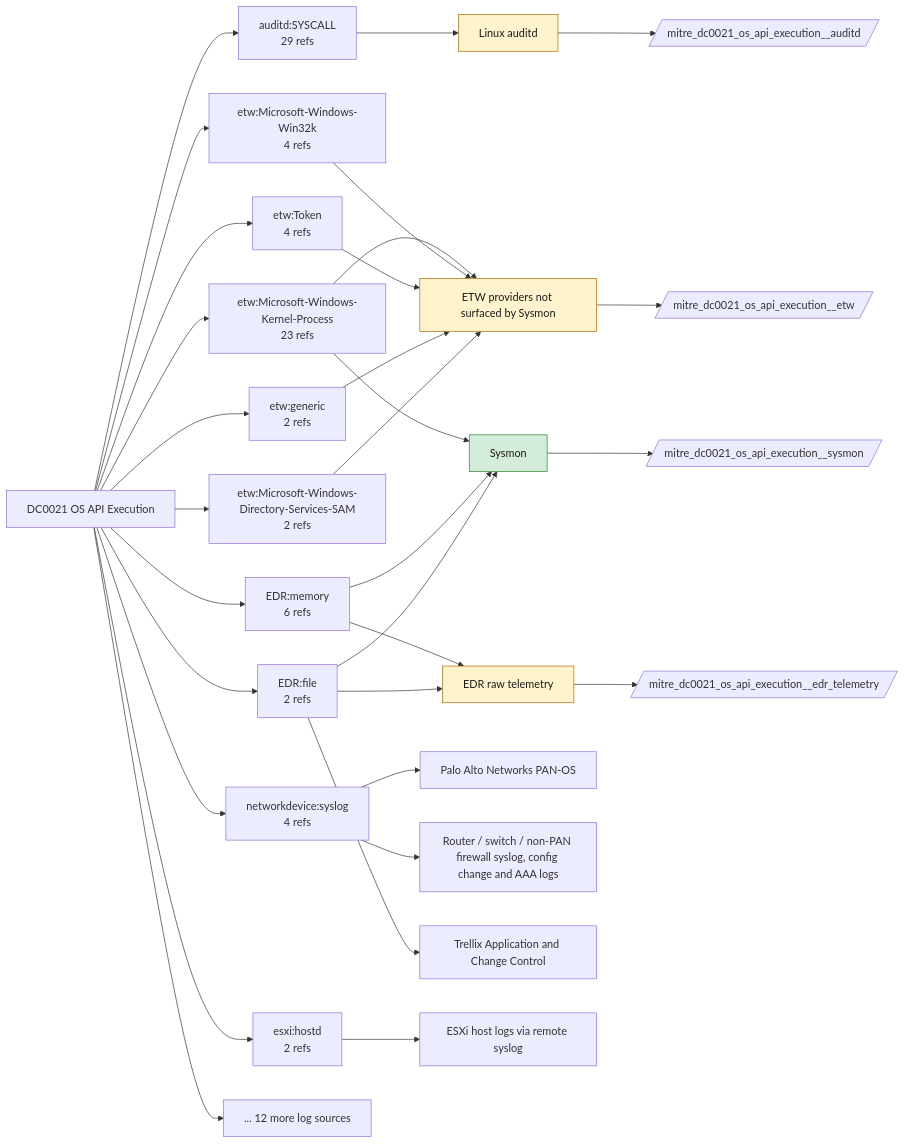
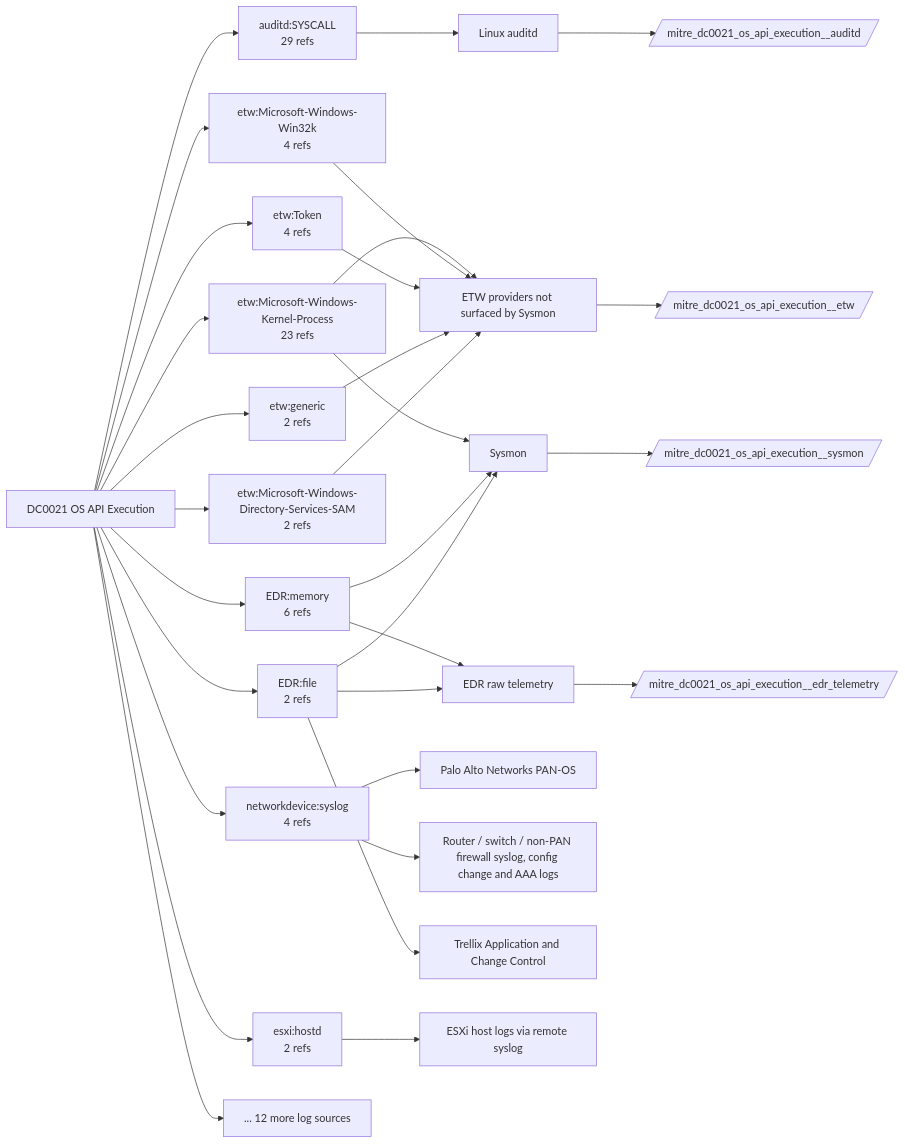
Before and after one commit to dev-nobytes-io/mitre-defensive-mappings-spl: the diagram in docs/data-components/DC0021-os-api-execution.md, drawn with Mermaid. The commit also changed other lines of this file and 366 other files, not shown here.

````diff
--- a/docs/data-components/DC0021-os-api-execution.md
+++ b/docs/data-components/DC0021-os-api-execution.md
@@ -19,48 +19,42 @@
 ```mermaid
 flowchart LR
   DC["DC0021 OS API Execution"]
   DC --> LS0["auditd:SYSCALL<br/>29 refs"]
   F_auditd["Linux auditd"]
   LS0 --> F_auditd
   DC --> LS1["etw:Microsoft-Windows-Kernel-Process<br/>23 refs"]
   F_etw["ETW providers not surfaced by Sysmon"]
   LS1 --> F_etw
   F_sysmon["Sysmon"]
   LS1 --> F_sysmon
   DC --> LS2["EDR:memory<br/>6 refs"]
   F_edr_telemetry["EDR raw telemetry"]
   LS2 --> F_edr_telemetry
   LS2 --> F_sysmon
   DC --> LS3["etw:Microsoft-Windows-Win32k<br/>4 refs"]
   LS3 --> F_etw
   DC --> LS4["etw:Token<br/>4 refs"]
   LS4 --> F_etw
   DC --> LS5["networkdevice:syslog<br/>4 refs"]
   F_palo_alto["Palo Alto Networks PAN-OS"]
   LS5 --> F_palo_alto
   F_netdev_syslog["Router / switch / non-PAN firewall syslog, config change and AAA logs"]
   LS5 --> F_netdev_syslog
   DC --> LS6["EDR:file<br/>2 refs"]
   LS6 --> F_edr_telemetry
   LS6 --> F_sysmon
   F_solidcore["Trellix Application and Change Control"]
   LS6 --> F_solidcore
   DC --> LS7["esxi:hostd<br/>2 refs"]
   F_esxi_syslog["ESXi host logs via remote syslog"]
   LS7 --> F_esxi_syslog
   DC --> LS8["etw:generic<br/>2 refs"]
   LS8 --> F_etw
   DC --> LS9["etw:Microsoft-Windows-Directory-Services-SAM<br/>2 refs"]
   LS9 --> F_etw
   DC --> MORE["... 12 more log sources"]
+  F_auditd --> ET_auditd[/"mitre_dc0021_os_api_execution__auditd"/]
+  F_edr_telemetry --> ET_edr_telemetry[/"mitre_dc0021_os_api_execution__edr_telemetry"/]
+  F_etw --> ET_etw[/"mitre_dc0021_os_api_execution__etw"/]
   F_sysmon --> ET_sysmon[/"mitre_dc0021_os_api_execution__sysmon"/]
-  class F_sysmon live
-  F_auditd --> ET_auditd[/"mitre_dc0021_os_api_execution__auditd"/]
-  class F_auditd ready
-  F_edr_telemetry --> ET_edr_telemetry[/"mitre_dc0021_os_api_execution__edr_telemetry"/]
-  class F_edr_telemetry ready
-  F_etw --> ET_etw[/"mitre_dc0021_os_api_execution__etw"/]
-  class F_etw ready
-  classDef live fill:#d4edda,stroke:#2e7d32,color:#1b1b1b
-  classDef ready fill:#fff3cd,stroke:#b26a00,color:#1b1b1b
 ```
````
